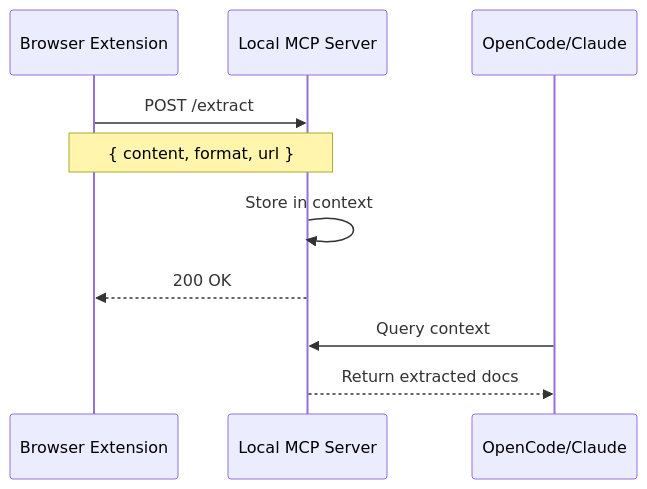
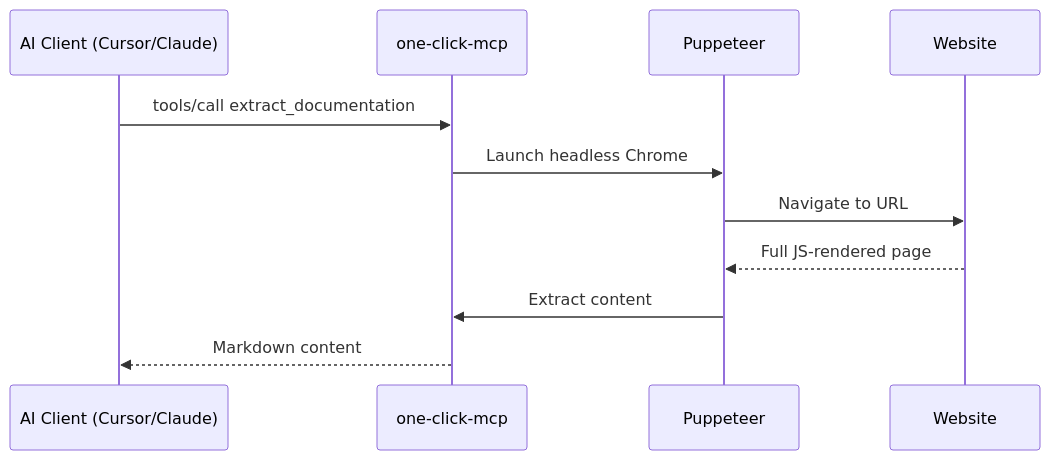
The diagram in docs/mcp-integration.md (SOLOxLEVELING/one-click), drawn with Mermaid before and after one commit. The commit also changed other lines of this file and 6 other files, not shown here.

First line of the commit message:
feat: Add MCP server with Puppeteer extraction + enhance section detection

````diff
--- a/docs/mcp-integration.md
+++ b/docs/mcp-integration.md
@@ -12,13 +144,14 @@
 ```mermaid
 sequenceDiagram
-    participant Ext as Browser Extension
-    participant MCP as Local MCP Server
-    participant AI as OpenCode/Claude
+    participant AI as AI Client (Cursor/Claude)
+    participant MCP as one-click-mcp
+    participant PUP as Puppeteer
+    participant WEB as Website
 
-    Ext->>MCP: POST /extract
-    Note over Ext,MCP: { content, format, url }
-    MCP->>MCP: Store in context
-    MCP-->>Ext: 200 OK
-    AI->>MCP: Query context
-    MCP-->>AI: Return extracted docs
+    AI->>MCP: tools/call extract_documentation
+    MCP->>PUP: Launch headless Chrome
+    PUP->>WEB: Navigate to URL
+    WEB-->>PUP: Full JS-rendered page
+    PUP->>MCP: Extract content
+    MCP-->>AI: Markdown content
 ```
````
